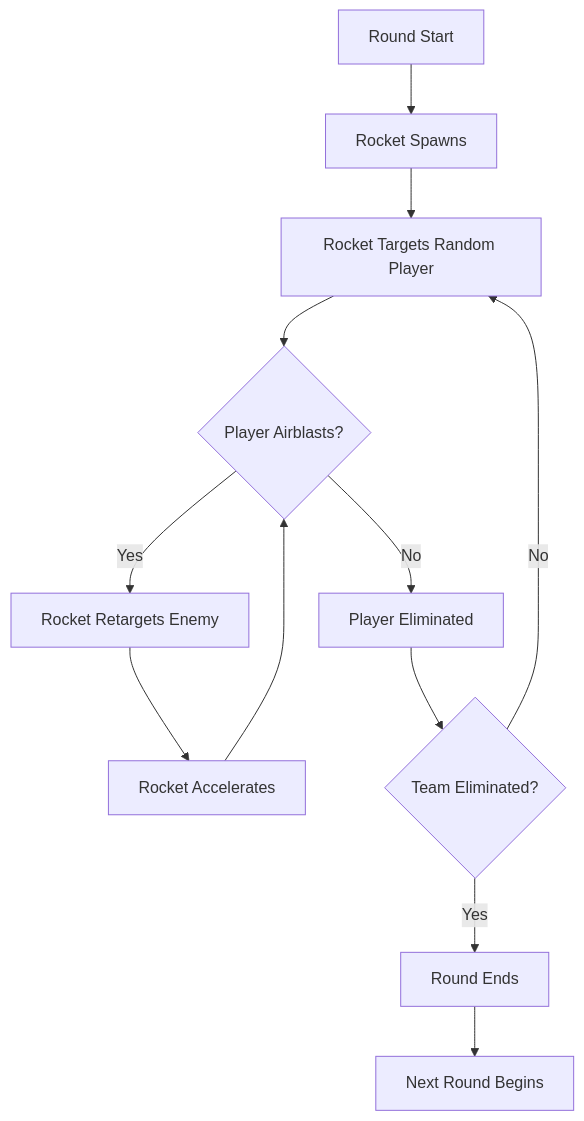
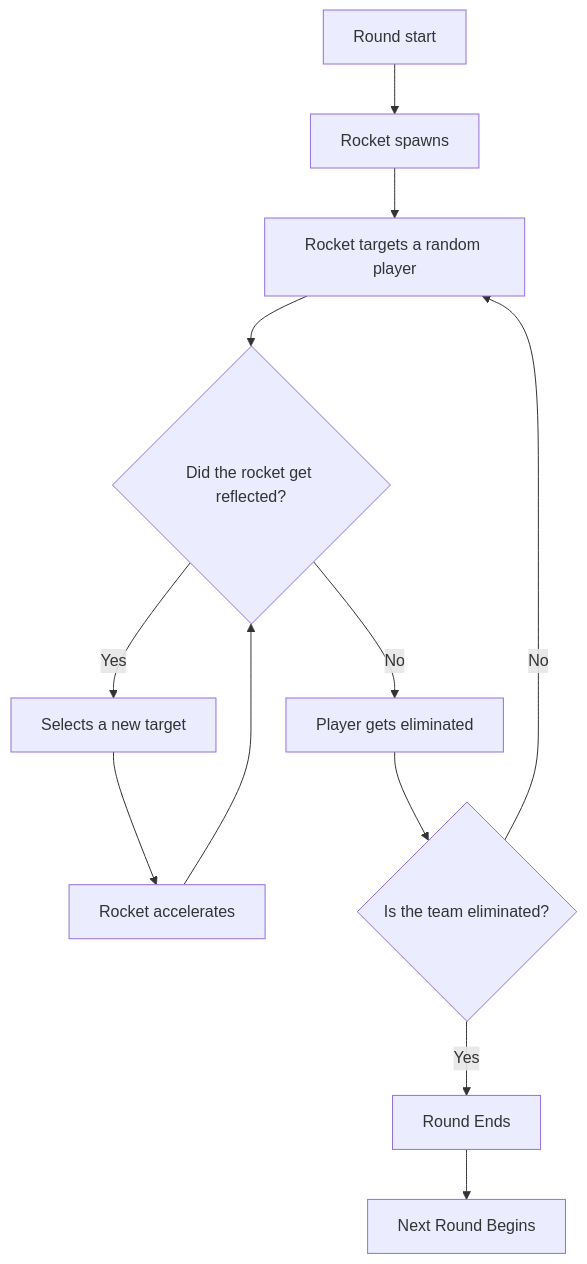
The diagram in docs/getting-started/gameplay.md (UDL-TF/Wiki), drawn with Mermaid before and after one commit. The commit also changed other lines of this file, not shown here.

First line of the commit message:
Revise gameplay match structure and round flow details

````diff
--- a/docs/getting-started/gameplay.md
+++ b/docs/getting-started/gameplay.md
@@ -17,14 +9,14 @@
 ```mermaid
 flowchart TD
-    A[Round Start] --> B[Rocket Spawns]
-    B --> C[Rocket Targets Random Player]
-    C --> D{Player Airblasts?}
-    D -->|Yes| E[Rocket Retargets Enemy]
-    E --> F[Rocket Accelerates]
+    A[Round start] --> B[Rocket spawns]
+    B --> C[Rocket targets a random player]
+    C --> D{Did the rocket get reflected?}
+    D -->|Yes| E[Selects a new target]
+    E --> F[Rocket accelerates]
     F --> D
-    D -->|No| G[Player Eliminated]
-    G --> H{Team Eliminated?}
+    D -->|No| G[Player gets eliminated]
+    G --> H{Is the team eliminated?}
     H -->|No| C
     H -->|Yes| I[Round Ends]
     I --> J[Next Round Begins]
 ```
````
